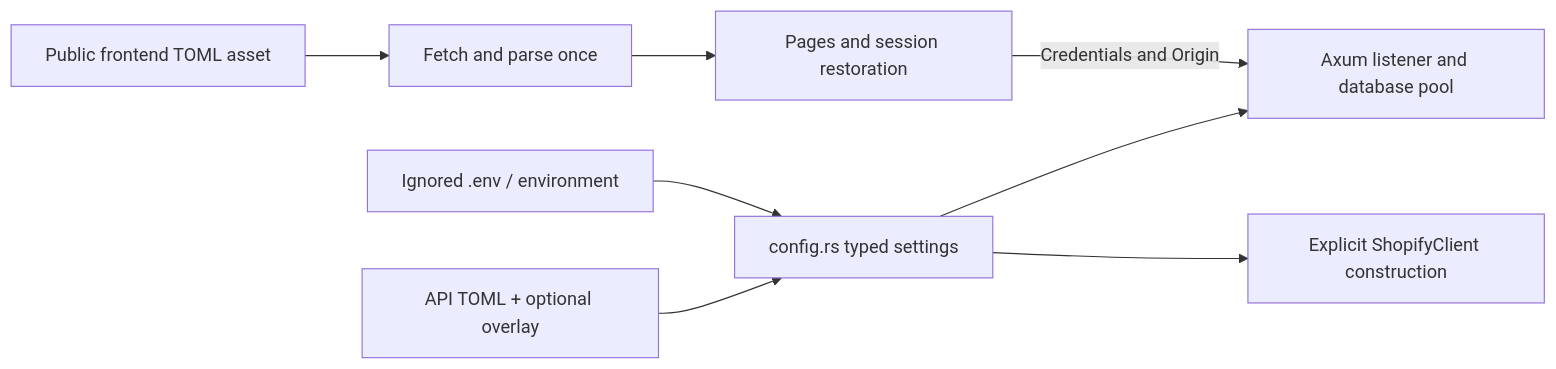
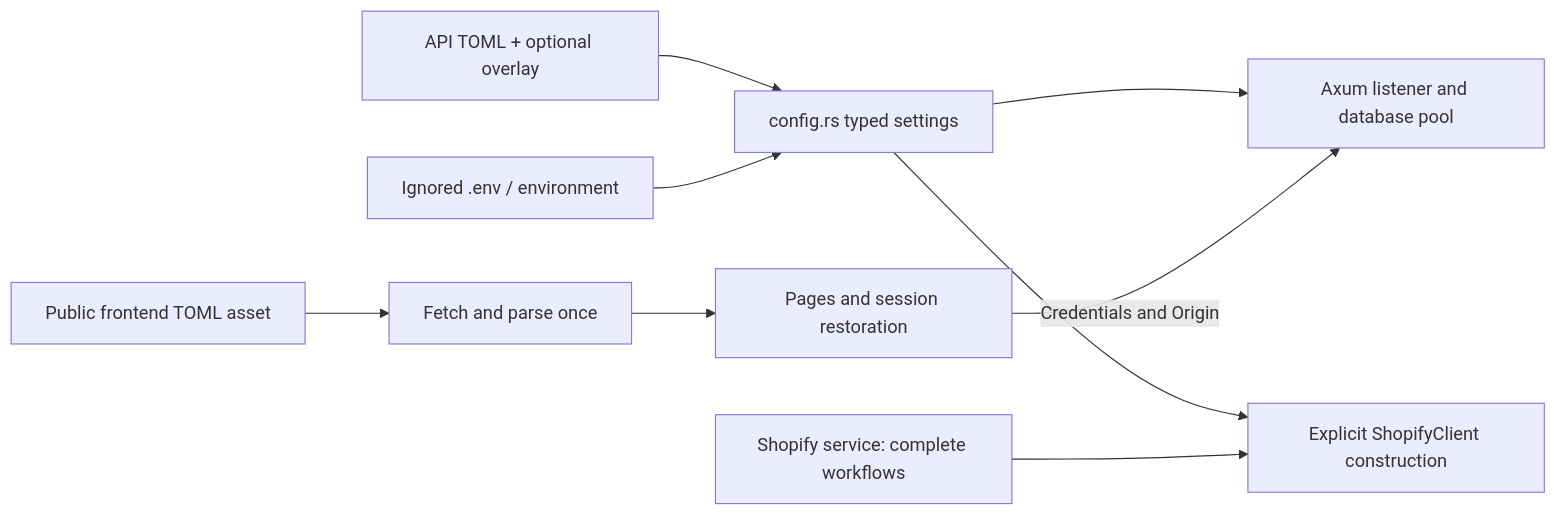
Before and after one commit to enzumeii/monolith: the diagram in docs/development.md, drawn with Mermaid. The commit also changed other lines of this file and 19 other files, not shown here.

Commit message:
refactor(api): separate Shopify proxies from service workflows

````diff
--- a/docs/development.md
+++ b/docs/development.md
@@ -23,10 +23,11 @@
 ```mermaid
 flowchart LR
     TOML["API TOML + optional overlay"] --> SETTINGS["config.rs typed settings"]
     SECRETS["Ignored .env / environment"] --> SETTINGS
     SETTINGS --> API["Axum listener and database pool"]
     SETTINGS --> CLIENT["Explicit ShopifyClient construction"]
+    SERVICE["Shopify service: complete workflows"] --> CLIENT
     ASSET["Public frontend TOML asset"] --> LOADER["Fetch and parse once"]
     LOADER --> UI["Pages and session restoration"]
     UI -->|"Credentials and Origin"| API
 ```
````
